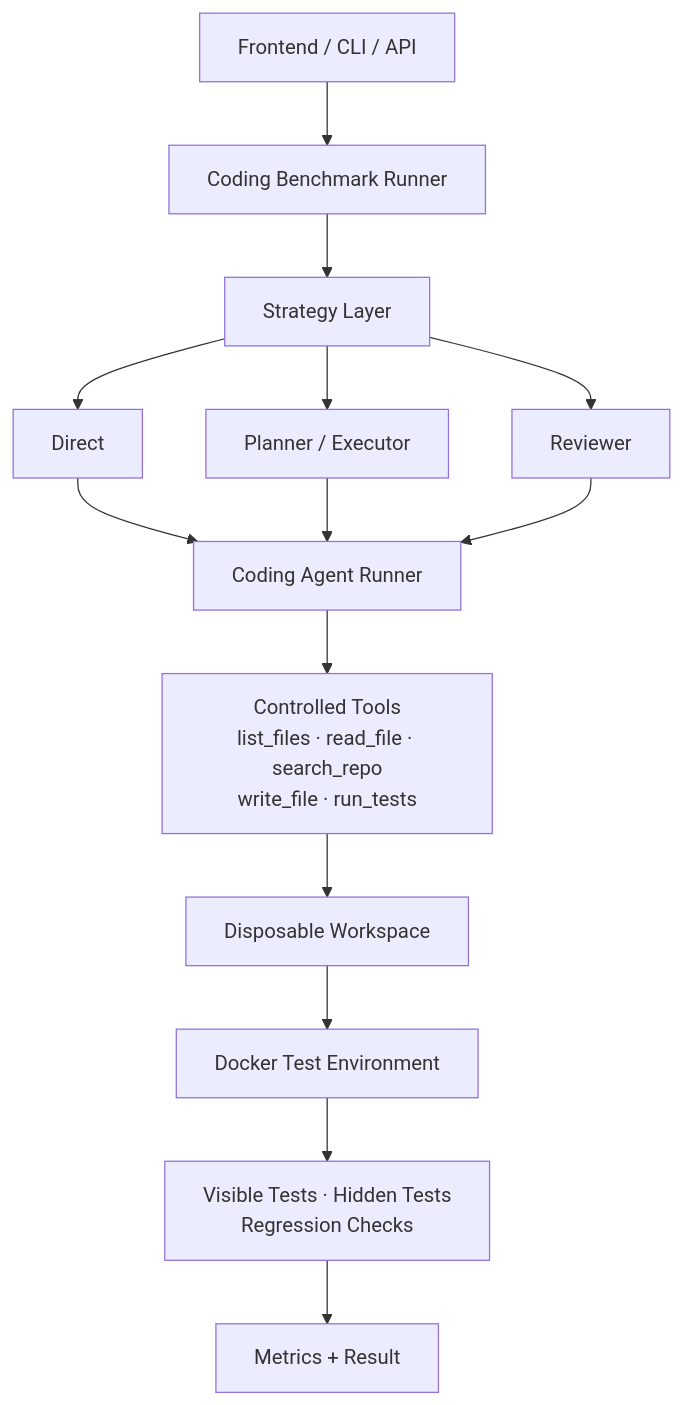
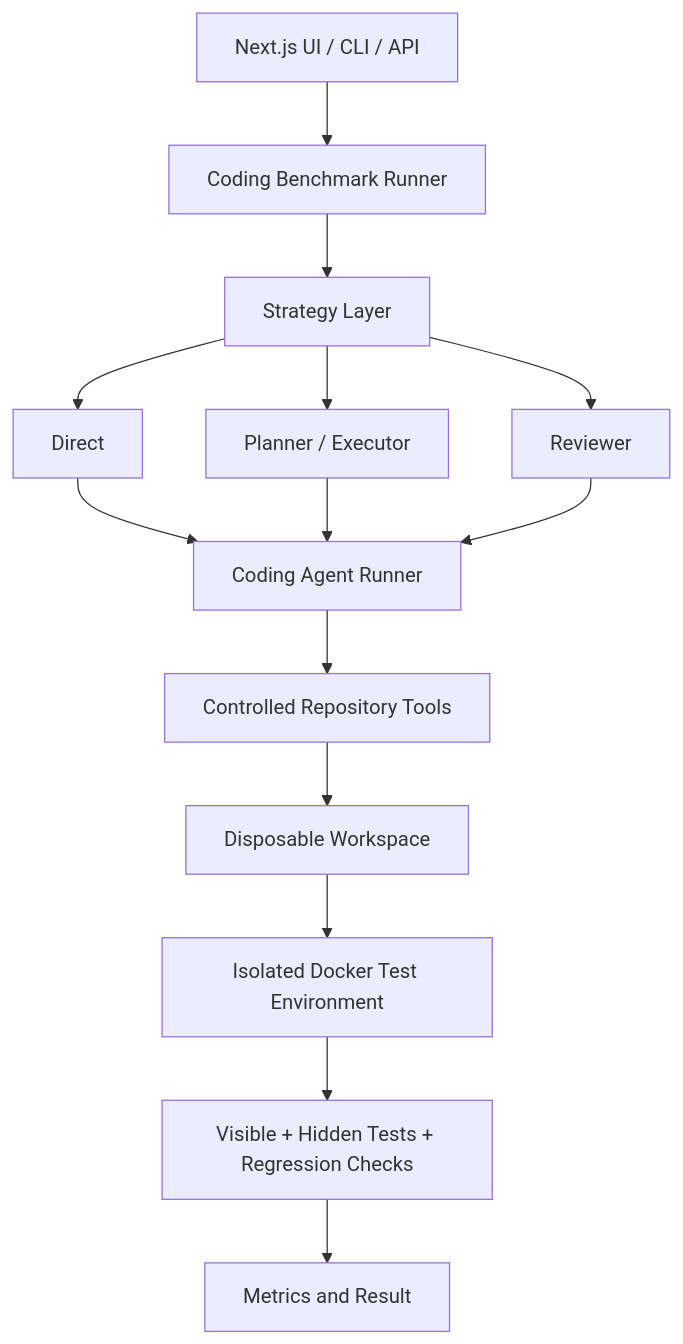
One commit to FarisDosani/AgentBench changed the diagram in README.md. Above: the diagram before and after it, drawn with Mermaid. The commit also changed other lines of this file, not shown here.

````diff
--- a/README.md
+++ b/README.md
@@ -28,16 +34,16 @@
 ```mermaid
 flowchart TD
-    Entry["Frontend / CLI / API"] --> Runner["Coding Benchmark Runner"]
-    Runner --> Strategies["Strategy Layer"]
-    Strategies --> Direct["Direct"]
-    Strategies --> Planner["Planner / Executor"]
-    Strategies --> Reviewer["Reviewer"]
+    UI["Next.js UI / CLI / API"] --> Runner["Coding Benchmark Runner"]
+    Runner --> Strategy["Strategy Layer"]
+    Strategy --> Direct["Direct"]
+    Strategy --> Planner["Planner / Executor"]
+    Strategy --> Reviewer["Reviewer"]
     Direct --> Agent["Coding Agent Runner"]
     Planner --> Agent
     Reviewer --> Agent
-    Agent --> Tools["Controlled Tools<br/>list_files · read_file · search_repo<br/>write_file · run_tests"]
+    Agent --> Tools["Controlled Repository Tools"]
     Tools --> Workspace["Disposable Workspace"]
-    Workspace --> Docker["Docker Test Environment"]
-    Docker --> Evaluation["Visible Tests · Hidden Tests<br/>Regression Checks"]
-    Evaluation --> Result["Metrics + Result"]
+    Workspace --> Docker["Isolated Docker Test Environment"]
+    Docker --> Evaluation["Visible + Hidden Tests + Regression Checks"]
+    Evaluation --> Metrics["Metrics and Result"]
 ```
````
